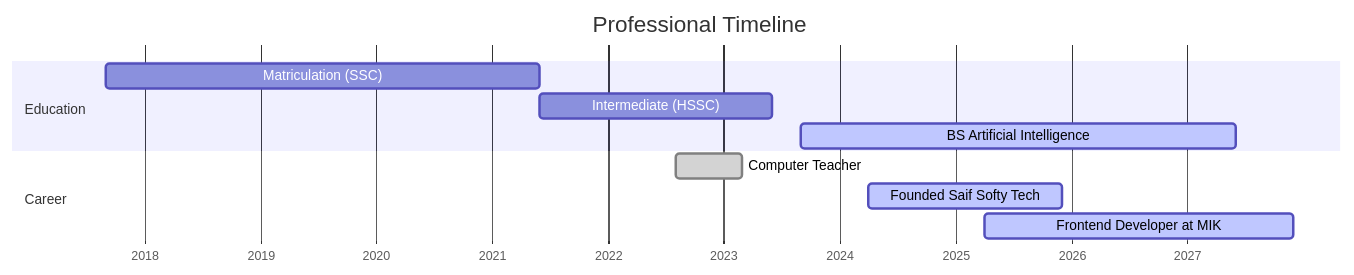
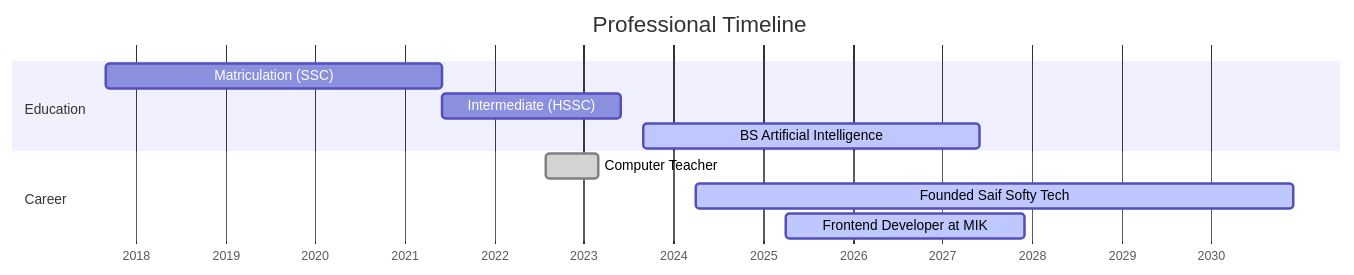
One commit to ihsansaif313/ihsansaif313 changed the diagram in README.md. Above: the diagram before and after it, drawn with Mermaid.

````diff
--- a/README.md
+++ b/README.md
@@ -54,16 +54,16 @@
 ```mermaid
 gantt
     title Professional Timeline
     dateFormat  YYYY-MM
     axisFormat %Y
     
     section Education
     Matriculation (SSC) :a1, 2017-09, 2021-06
     Intermediate (HSSC) :a2, after a1, 2023-06
     BS Artificial Intelligence :active, a3, 2023-09, 2027-06
     
     section Career
     Computer Teacher :done, 2022-08, 2023-03
-    Founded Saif Softy Tech :active, 2024-04, 2025-12
+    Founded Saif Softy Tech :active, 2024-04, 2030-12
     Frontend Developer at MIK :active, 2025-04, 2027-12
 ```
````
